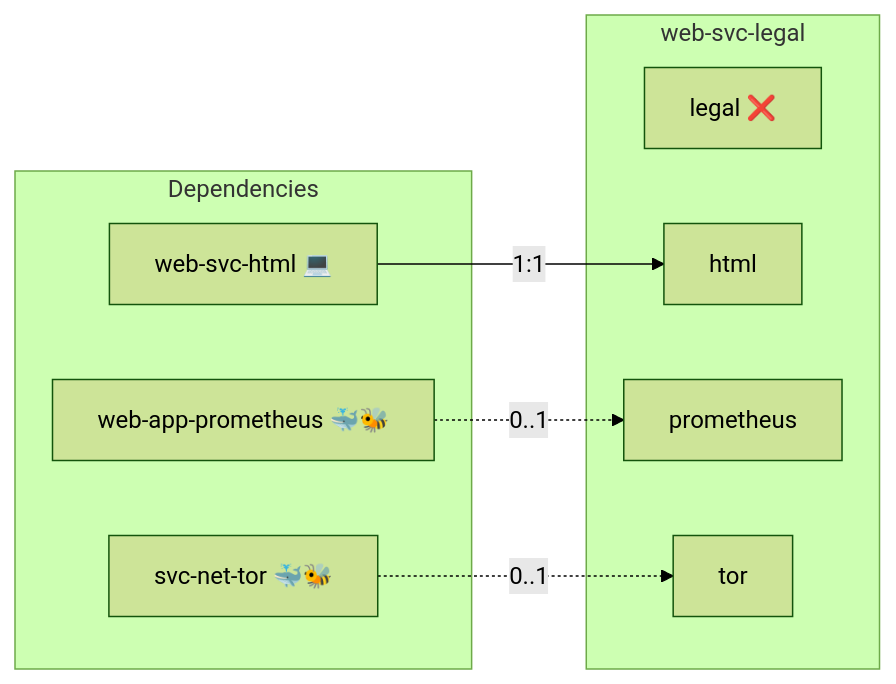
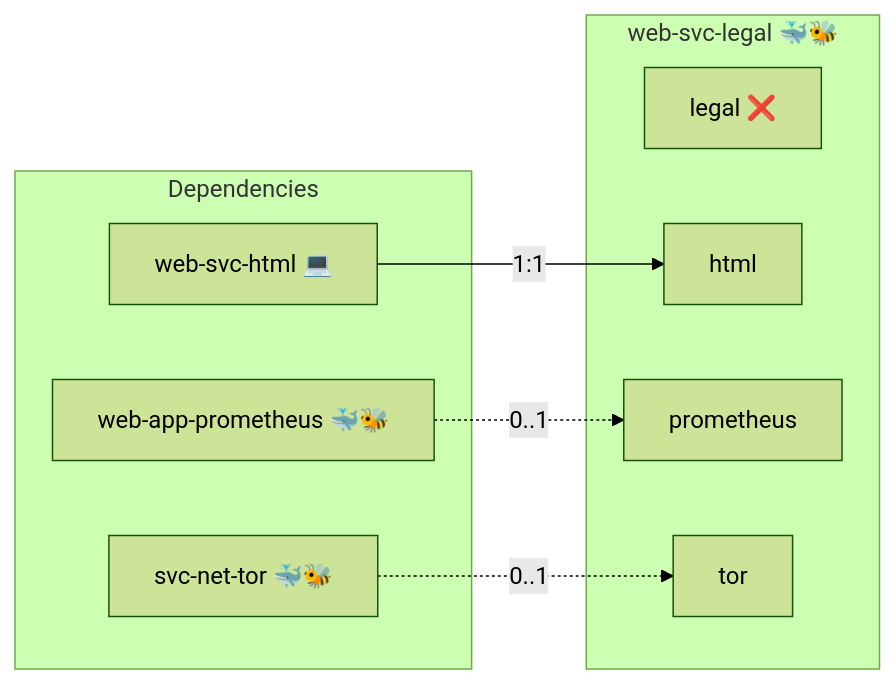
Before and after one commit to infinito-nexus/core: the diagram in roles/web-svc-legal/README.md, drawn with Mermaid (forest theme). The commit also changed 5 other files, not shown here.

````diff
--- a/roles/web-svc-legal/README.md
+++ b/roles/web-svc-legal/README.md
@@ -15,17 +15,17 @@
 ```mermaid
 flowchart LR
     subgraph deps [Dependencies]
         dep_svc_net_tor["svc-net-tor 🐳🐝"]
         dep_web_app_prometheus["web-app-prometheus 🐳🐝"]
         dep_web_svc_html["web-svc-html 💻"]
     end
-    subgraph role [web-svc-legal]
+    subgraph role [web-svc-legal 🐳🐝]
         svc_legal["legal ❌"]
         svc_html["html"]
         svc_prometheus["prometheus"]
         svc_tor["tor"]
     end
     dep_svc_net_tor -. "0..1" .-> svc_tor
     dep_web_app_prometheus -. "0..1" .-> svc_prometheus
     dep_web_svc_html -- "1:1" --> svc_html
 ```
````
